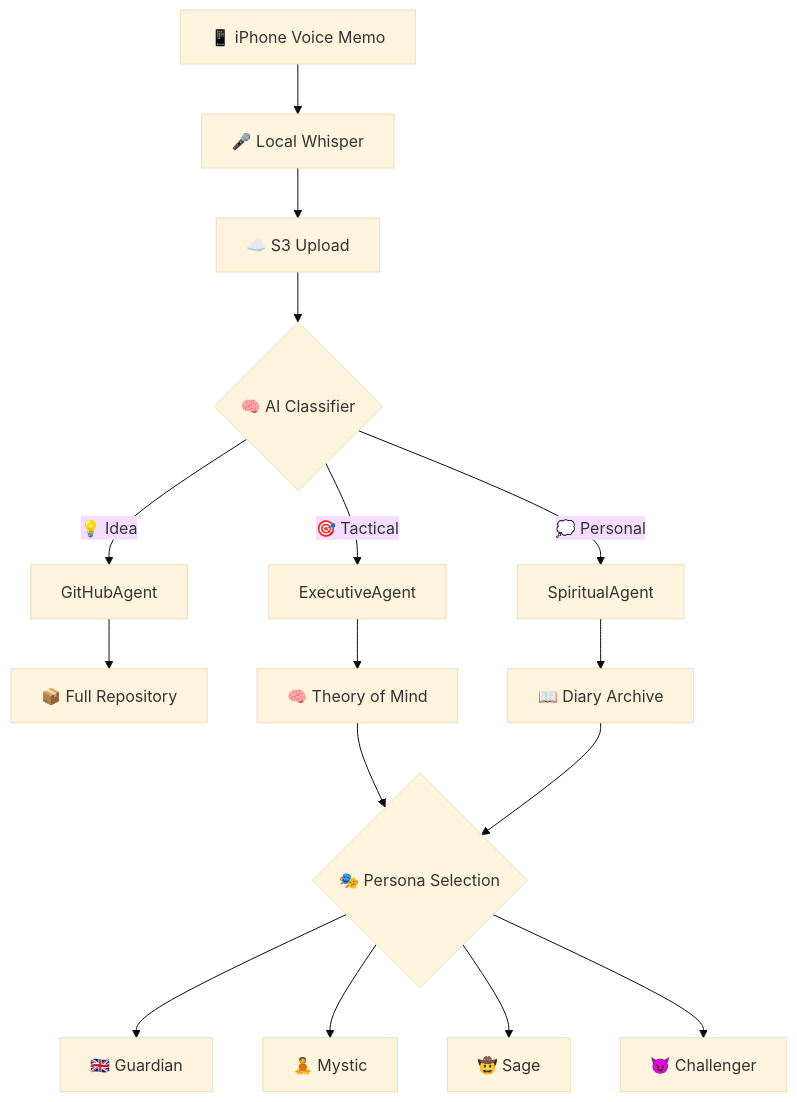
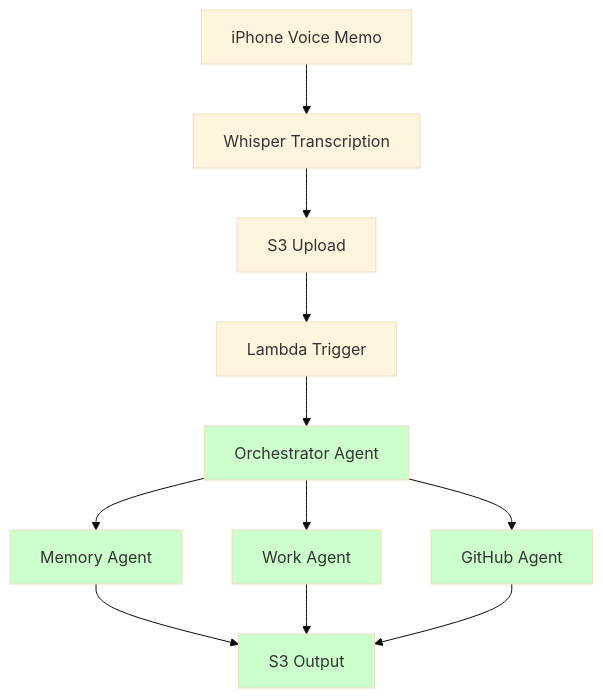
One commit to ford-at-home/whispersync changed the first of 2 diagrams in README.md. Above: the diagram before and after it, drawn with Mermaid (base theme). The commit also changed other lines of this file and 111 other files, not shown here.

````diff
--- a/README.md
+++ b/README.md
@@ -93,22 +160,19 @@
 ```mermaid
-graph TD
-    A[📱 iPhone Voice Memo] --> B[🎤 Local Whisper]
-    B --> C[☁️ S3 Upload]
-    C --> D{🧠 AI Classifier}
+graph TB
+    A[iPhone Voice Memo] --> B[Whisper Transcription]
+    B --> C[S3 Upload]
+    C --> D[Lambda Trigger]
+    D --> E[Orchestrator Agent] 
+    E --> F[Memory Agent]
+    E --> G[Work Agent]
+    E --> H[GitHub Agent]
+    F --> I[S3 Output]
+    G --> I
+    H --> I
     
-    D -->|💡 Idea| E[GitHubAgent]
-    D -->|🎯 Tactical| F[ExecutiveAgent]
-    D -->|💭 Personal| G[SpiritualAgent]
-    
-    E --> H[📦 Full Repository]
-    F --> I[🧠 Theory of Mind]
-    G --> J[📖 Diary Archive]
-    
-    I --> K{🎭 Persona Selection}
-    J --> K
-    
-    K --> L[🇬🇧 Guardian]
-    K --> M[🧘 Mystic]
-    K --> N[🤠 Sage]
-    K --> O[😈 Challenger]
+    style E fill:#ccffcc
+    style F fill:#ccffcc
+    style G fill:#ccffcc
+    style H fill:#ccffcc
+    style I fill:#ccffcc
 ```
````
